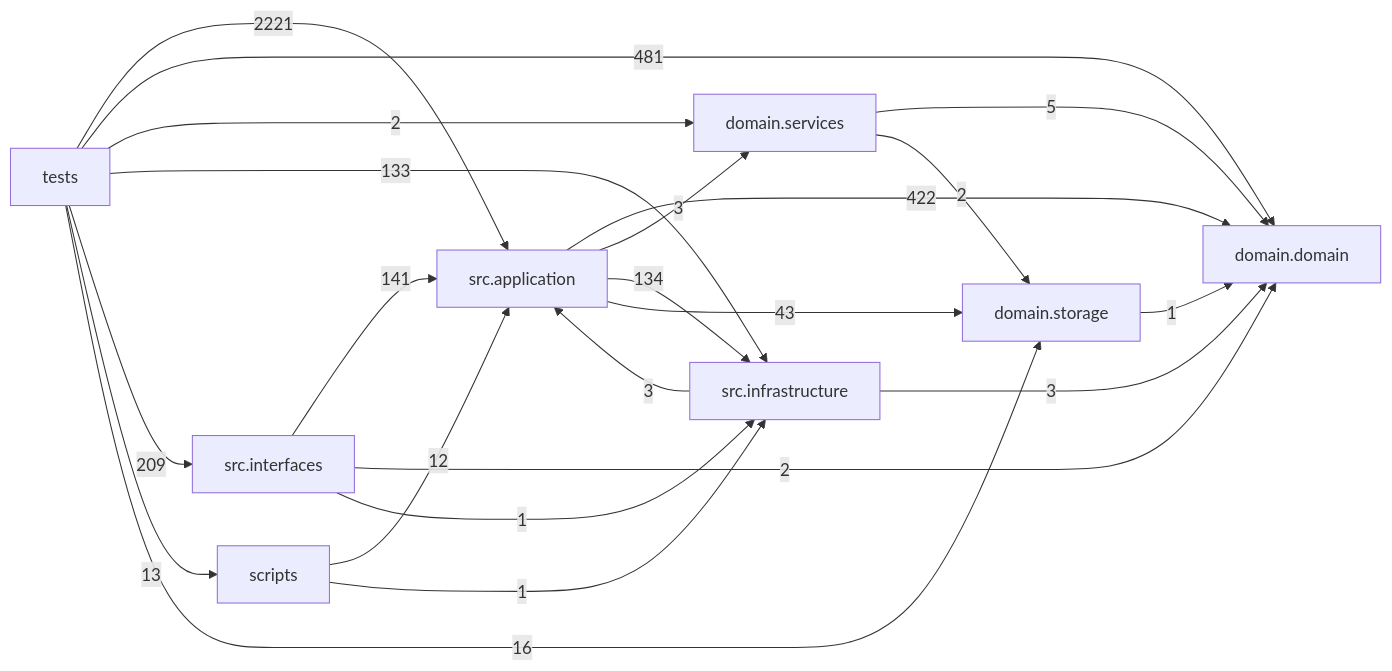
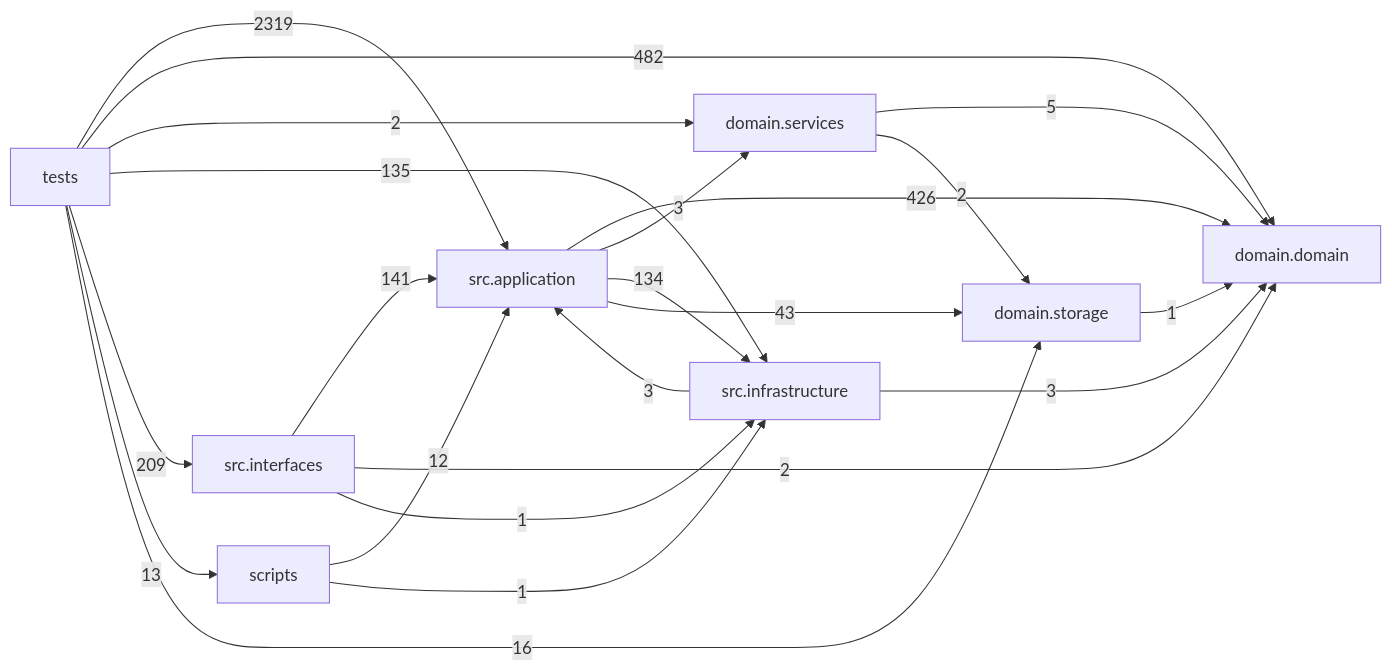
One commit to liuxie066/options-monitor changed the diagram in docs/DEPENDENCY_GRAPH.md. Above: the diagram before and after it, drawn with Mermaid. The commit also changed other lines of this file and 54 other files, not shown here.

````diff
--- a/docs/DEPENDENCY_GRAPH.md
+++ b/docs/DEPENDENCY_GRAPH.md
@@ -24,32 +24,32 @@
 ```mermaid
 flowchart LR
   tests["tests"]
   scripts["scripts"]
   interfaces["src.interfaces"]
   application["src.application"]
   infrastructure["src.infrastructure"]
   domain_services["domain.services"]
   domain["domain.domain"]
   storage["domain.storage"]
-  application -->|422| domain
+  application -->|426| domain
   application -->|3| domain_services
   application -->|134| infrastructure
   application -->|43| storage
   domain_services -->|5| domain
   domain_services -->|2| storage
   infrastructure -->|3| application
   infrastructure -->|3| domain
   interfaces -->|141| application
   interfaces -->|2| domain
   interfaces -->|1| infrastructure
   scripts -->|12| application
   scripts -->|1| infrastructure
   storage -->|1| domain
-  tests -->|2221| application
-  tests -->|481| domain
+  tests -->|2319| application
+  tests -->|482| domain
   tests -->|2| domain_services
-  tests -->|133| infrastructure
+  tests -->|135| infrastructure
   tests -->|209| interfaces
   tests -->|13| scripts
   tests -->|16| storage
 ```
````
